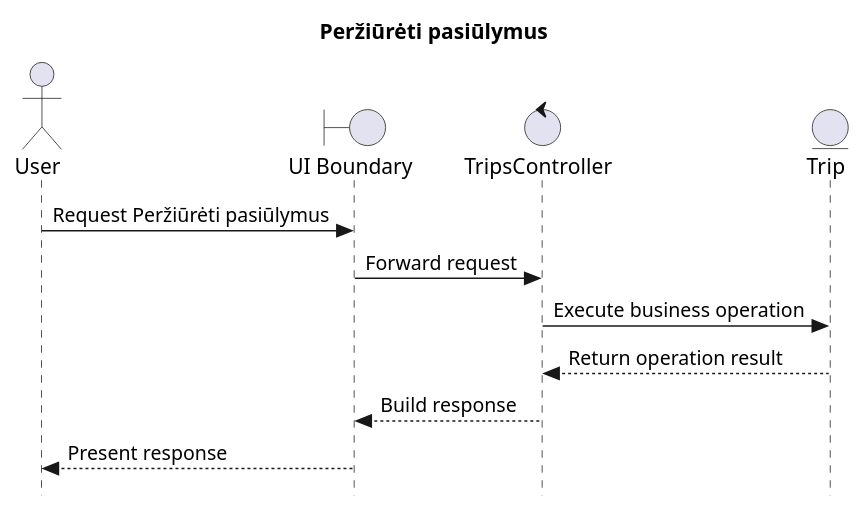
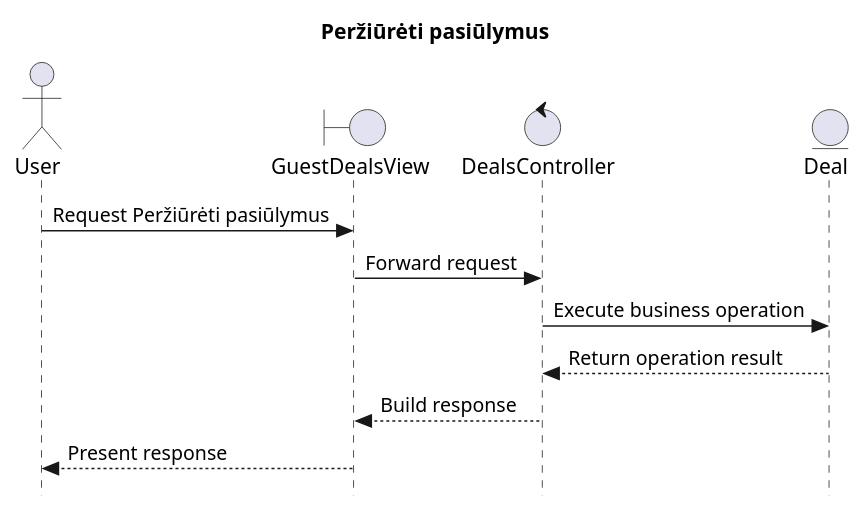
The diagram in _refs/diagrams-new/sequence/Peržiūrėti_pasiūlymus.puml (SauliusDev/ps-projektas), drawn with PlantUML before and after one commit. The commit also changed 40 other files, not shown here.

Commit message:
fix: align sequence stubs with BCE semantics

```diff
--- a/_refs/diagrams-new/sequence/Peržiūrėti_pasiūlymus.puml
+++ b/_refs/diagrams-new/sequence/Peržiūrėti_pasiūlymus.puml
@@ -1,17 +1,17 @@
 @startuml
 skinparam style strictuml
 
 title Peržiūrėti pasiūlymus
 
 actor "User" as user
-boundary "UI Boundary" as ui
-control "TripsController" as tripsController
-entity "Trip" as trip
+boundary "GuestDealsView" as ui
+control "DealsController" as dealsController
+entity "Deal" as deal
 
 user -> ui: Request Peržiūrėti pasiūlymus
-ui -> tripsController: Forward request
-tripsController -> trip: Execute business operation
-trip --> tripsController: Return operation result
-tripsController --> ui: Build response
+ui -> dealsController: Forward request
+dealsController -> deal: Execute business operation
+deal --> dealsController: Return operation result
+dealsController --> ui: Build response
 ui --> user: Present response
 @enduml
```
